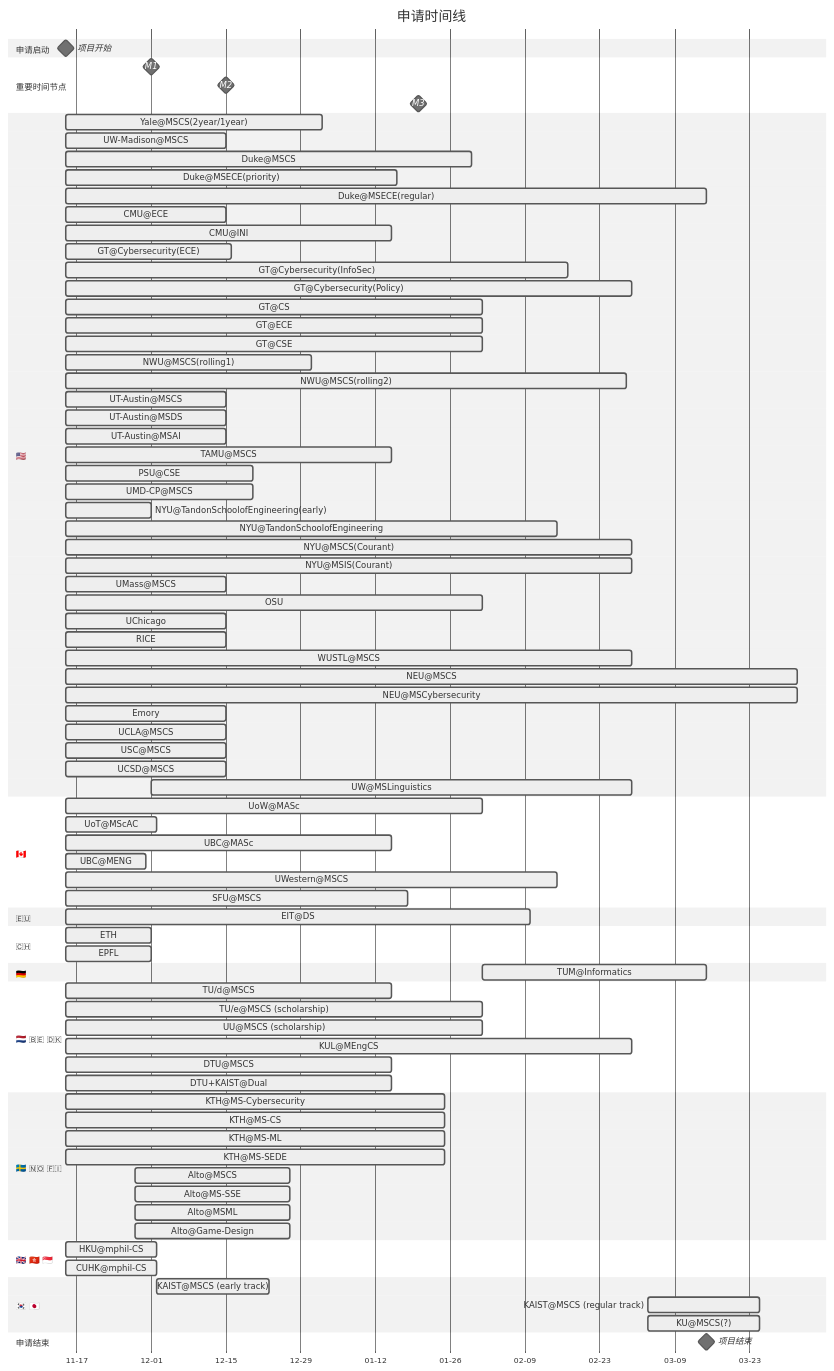
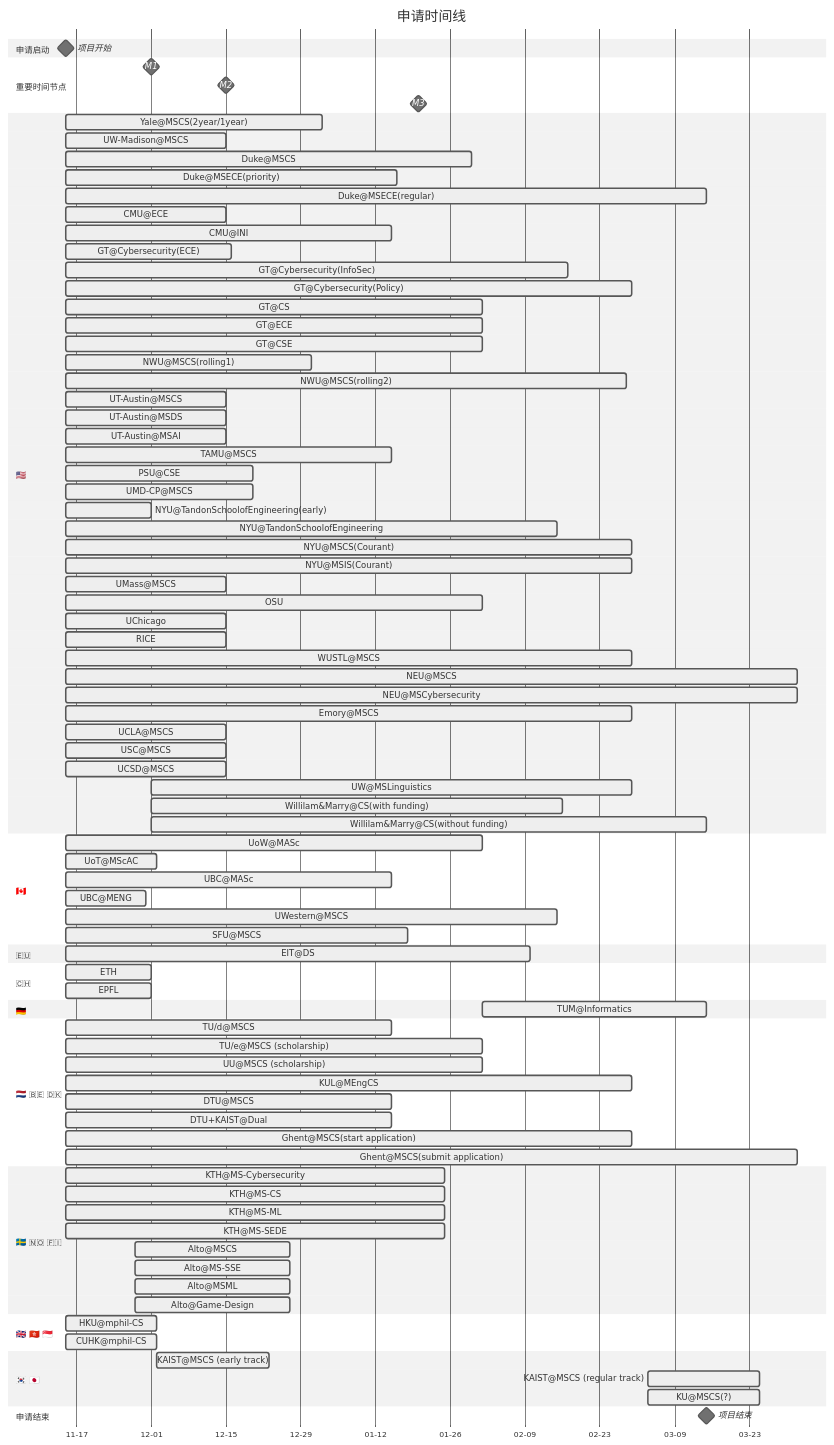
One commit to Miro0o/Docs-Notes changed the diagram in CS/🗺 CS Overview/CS International Universities & Degrees/Master & PhD Application Guide/International Master & PhD Programs List.md. Above: the diagram before and after it, drawn with Mermaid (neutral theme). The commit also changed other lines of this file and 291 other files, not shown here.

```diff
--- a/CS/🗺 CS Overview/CS International Universities & Degrees/Master & PhD Application Guide/International Master & PhD Programs List.md
+++ b/CS/🗺 CS Overview/CS International Universities & Degrees/Master & PhD Application Guide/International Master & PhD Programs List.md
@@ -136,11 +136,13 @@
 WUSTL@MSCS: active, 2024-11-15, 2025-03-01
 NEU@MSCS: active, 2024-11-15, 2025-04-01
 NEU@MSCybersecurity: active, 2024-11-15, 2025-04-01
-Emory: active, 2024-11-15, 2024-12-15
+Emory@MSCS: active, 2024-11-15, 2025-03-01
 UCLA@MSCS: active, 2024-11-15, 2024-12-15
 USC@MSCS: active, 2024-11-15, 2024-12-15
 UCSD@MSCS: active, 2024-11-15, 2024-12-15
 UW@MSLinguistics: active, 2024-12-01, 2025-03-01
+Willilam&Marry@CS(with funding): active, 2024-12-01, 2025-02-16
+Willilam&Marry@CS(without funding): active, 2024-12-01, 2025-03-15
 
 section 🇨🇦
 UoW@MASc: active, 2024-11-15, 2025-02-01
@@ -167,6 +169,8 @@
 KUL@MEngCS: active, 2024-11-15, 2025-03-01
 DTU@MSCS: active, 2024-11-15, 2025-01-15
 DTU+KAIST@Dual: active, 2024-11-15, 2025-01-15
+Ghent@MSCS(start application): active, 2024-11-15, 2025-03-01
+Ghent@MSCS(submit application): active, 2024-11-15, 2025-04-01
 
 section 🇸🇪 🇳‍🇴 🇫‍🇮
 KTH@MS-Cybersecurity: active, 2024-11-15, 2025-01-25
```
